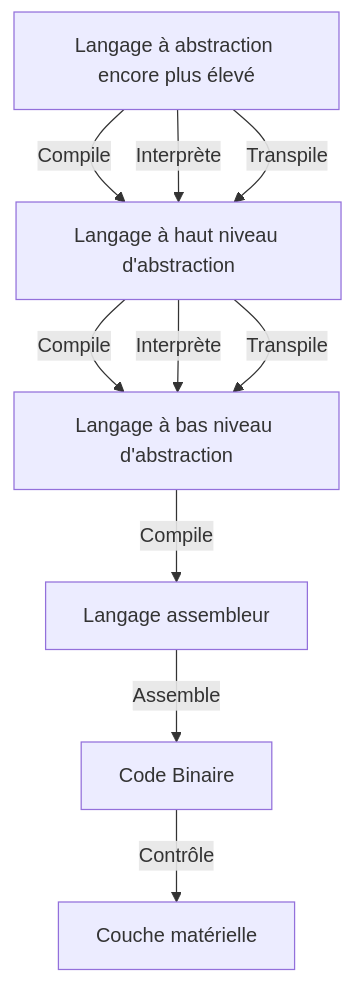
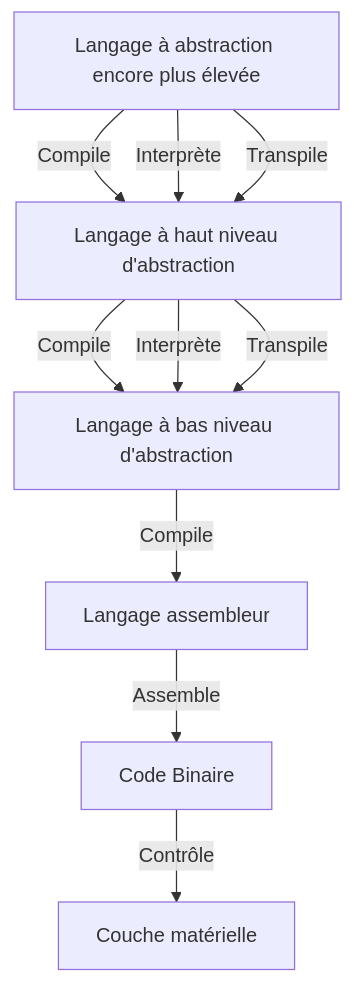
Before and after one commit to QuentinWidlocher/ThesePro: the diagram in These/01-EtatDeLArt.md, drawn with Mermaid. The commit also changed 1 other file, not shown here.

Commit message:
Corrige le lien vers Mermaid

```diff
--- a/These/01-EtatDeLArt.md
+++ b/These/01-EtatDeLArt.md
@@ -237,18 +237,18 @@
 {% mermaid %}
 graph TD
-  F[Langage à abstraction encore plus élevé]
+  F[Langage à abstraction encore plus élevée]
   F -->|Compile| E
   F -->|Interprète| E
   F -->|Transpile| E
   E[Langage à haut niveau d'abstraction]
   E -->|Compile| D
   E -->|Interprète| D
   E -->|Transpile| D
   D[Langage à bas niveau d'abstraction]
   D -->|Compile| C
   C[Langage assembleur]
   C -->|Assemble| B
   B[Code Binaire]
   B -->|Contrôle| A
   A[Couche matérielle]
 {% endmermaid %}
```
